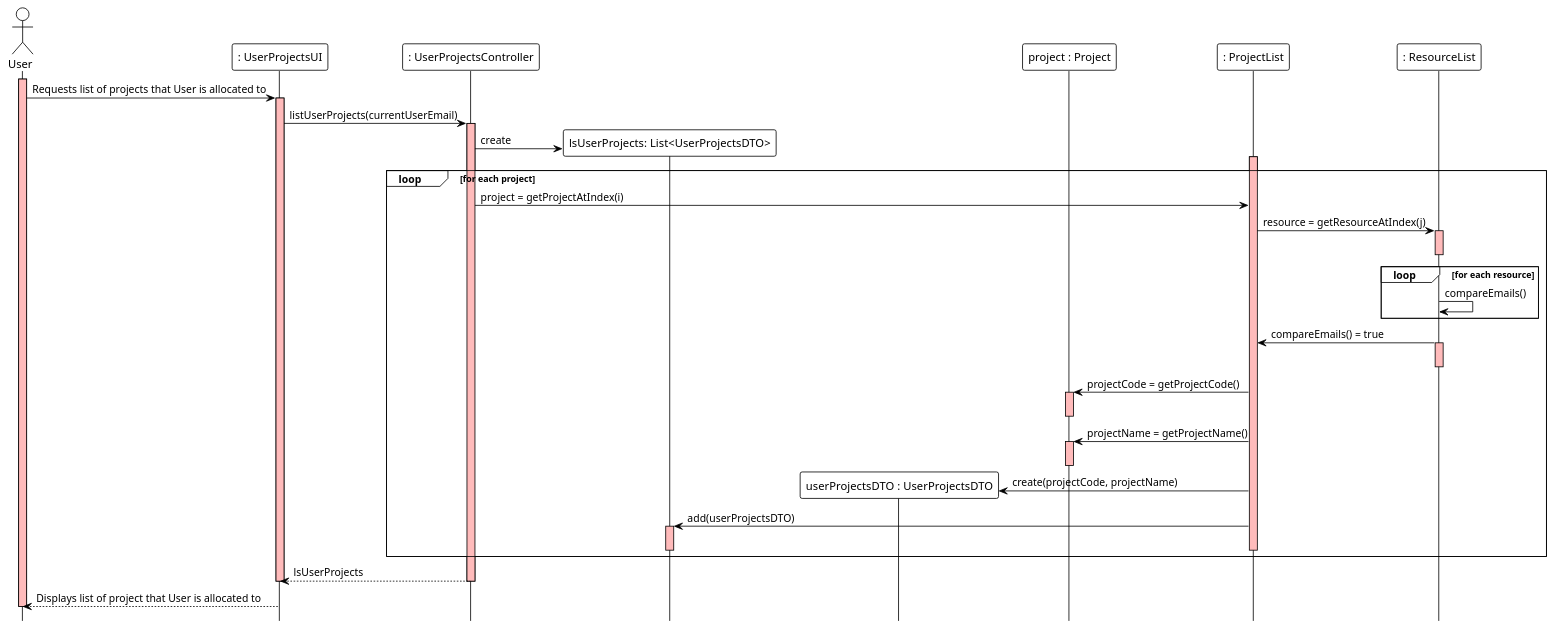
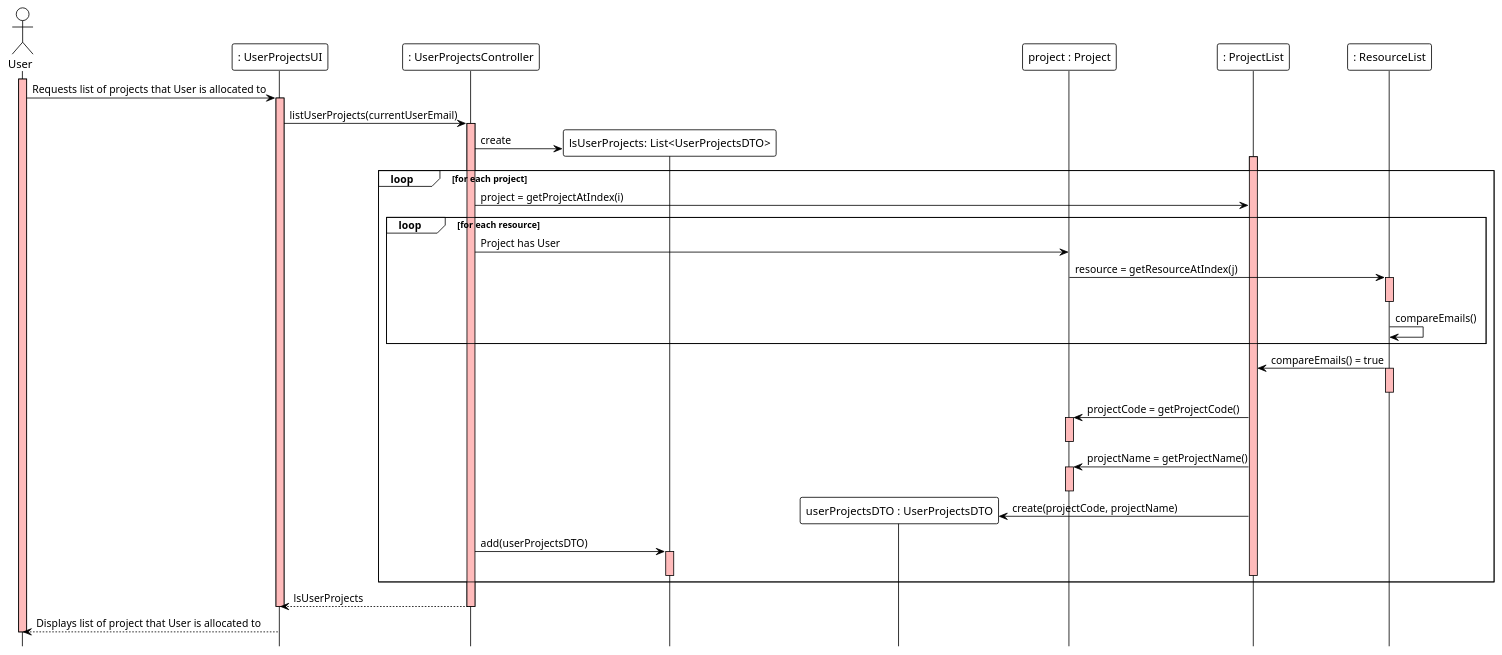
The diagram in docs/modelling_design/user_stories/us016/US016_ListOfUserProjectsSD.puml (ivo-menezes/project_g3), drawn with PlantUML before and after one commit.

Commit message:
US016 : Design : ListOfUserProjectsSD Updates

```diff
--- a/docs/modelling_design/user_stories/us016/US016_ListOfUserProjectsSD.puml
+++ b/docs/modelling_design/user_stories/us016/US016_ListOfUserProjectsSD.puml
@@ -1,61 +1,64 @@
 @startuml
 !theme plain
 hide footbox
 
 actor User as User
 participant ": UserProjectsUI" as UI
 participant ": UserProjectsController" as Controller
 participant "lsUserProjects: List<UserProjectsDTO>" as DTOList
 participant "userProjectsDTO : UserProjectsDTO" as DTO
 participant "project : Project" as Project
 participant ": ProjectList" as ProjectList
 participant ": ResourceList" as ResourceList
 
 activate User #FFBBBB
 User ->  UI: Requests list of projects that User is allocated to
 
 activate UI #FFBBBB
 UI -> Controller: listUserProjects(currentUserEmail)
 
 activate Controller #FFBBBB
 Controller -> DTOList ** : create
 
 group loop [for each project]
 activate ProjectList #FFBBBB
 Controller -> ProjectList : project = getProjectAtIndex(i)
-ProjectList -> ResourceList : resource = getResourceAtIndex(j)
+
+loop for each resource
+Controller -> Project : Project has User
+Project -> ResourceList : resource = getResourceAtIndex(j)
 activate ResourceList #FFBBBB
 deactivate ResourceList
 
-loop for each resource
+
 ResourceList -> ResourceList : compareEmails()
 
 end
 
 ResourceList -> ProjectList : compareEmails() = true
 activate ResourceList #FFBBBB
 deactivate ResourceList
 
 ProjectList -> Project : projectCode = getProjectCode()
 activate Project #FFBBBB
 deactivate Project
 
 ProjectList -> Project : projectName = getProjectName()
 activate Project #FFBBBB
 deactivate Project
 
 ProjectList -> DTO ** : create(projectCode, projectName)
 
-ProjectList -> DTOList : add(userProjectsDTO)
+Controller -> DTOList : add(userProjectsDTO)
 activate DTOList #FFBBBB
 deactivate DTOList
 deactivate ProjectList
 end
 
 Controller --> UI : lsUserProjects
 deactivate Controller
 deactivate UI
 
 UI --> User: Displays list of project that User is allocated to
 deactivate User #FFBBBB
 @enduml
```
